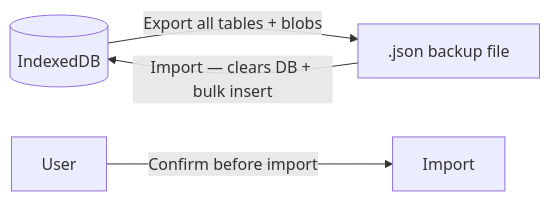
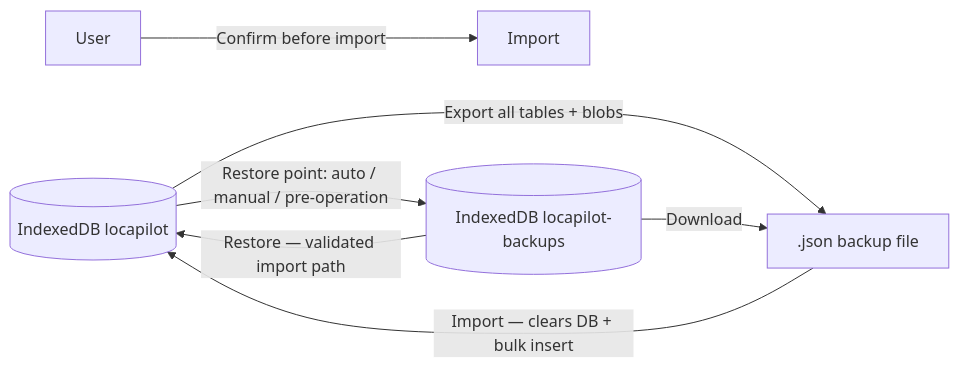
One commit to stalina/locapilot changed the second of 3 diagrams in docs/specs/data-transfer.md. Above: the diagram before and after it, drawn with Mermaid. The commit also changed other lines of this file and 2 other files, not shown here.

First line of the commit message:
docs(specs): specify automatic restore points and restore (#59)

````diff
--- a/docs/specs/data-transfer.md
+++ b/docs/specs/data-transfer.md
@@ -113,6 +201,9 @@
 ```mermaid
 graph LR
-    DB[(IndexedDB)] -->|Export all tables + blobs| JSON[.json backup file]
+    DB[(IndexedDB locapilot)] -->|Export all tables + blobs| JSON[.json backup file]
     JSON -->|Import — clears DB + bulk insert| DB
     User -->|Confirm before import| Import
+    DB -->|Restore point: auto / manual / pre-operation| BK[(IndexedDB locapilot-backups)]
+    BK -->|Restore — validated import path| DB
+    BK -->|Download| JSON
 ```
````
